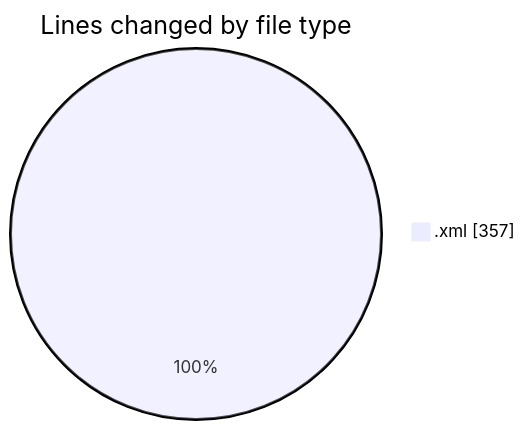
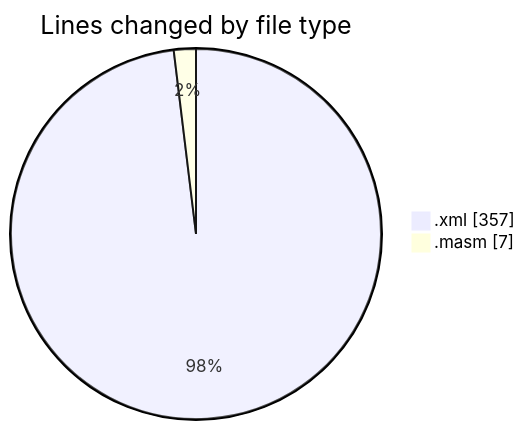
Before and after one commit to charlie-sans/code-tracking: the first of 2 diagrams in 2025-03-11/jmasm/README.md, drawn with Mermaid. The commit also changed other lines of this file and 1 other file, not shown here.

````diff
--- a/2025-03-11/jmasm/README.md
+++ b/2025-03-11/jmasm/README.md
@@ -20,5 +21,6 @@
 ```mermaid
 pie showData
 title Lines changed by file type
 ".xml" : 357
+".masm" : 7
 ```
````
